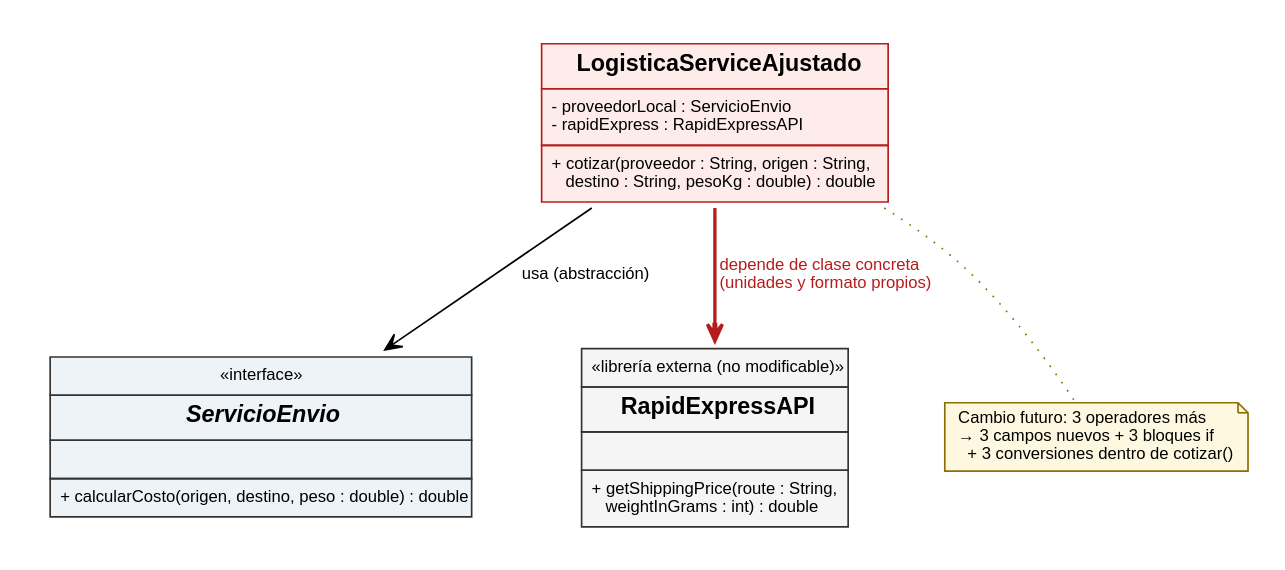
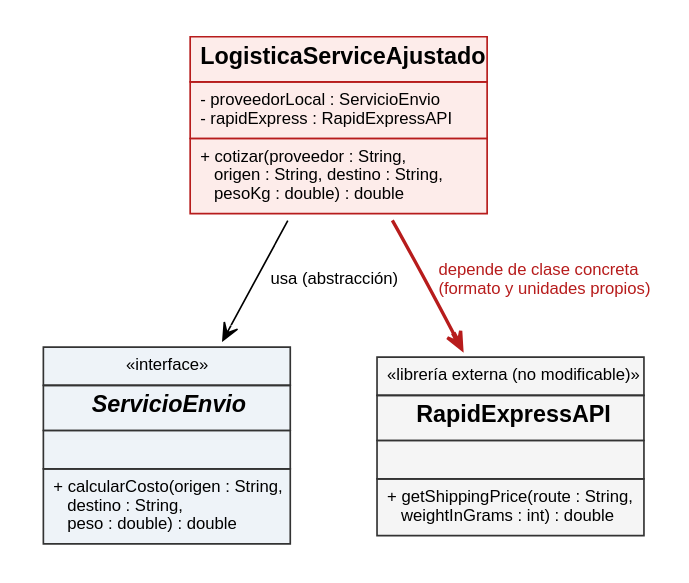
The diagram in docs/img/fig1_dependencias_antes.dot (Mauricio10228/agroconecta-adapter), drawn with Graphviz before and after one commit. The commit also changed 6 other files, not shown here.

Commit message:
docs: diagramas compactos para lectura a ancho de página

```diff
--- a/docs/img/fig1_dependencias_antes.dot
+++ b/docs/img/fig1_dependencias_antes.dot
@@ -1,11 +1,9 @@
 digraph G {
- graph [rankdir=TB, nodesep=0.7, ranksep=0.8, fontname="Liberation Sans", pad=0.2];
+ graph [rankdir=TB, nodesep=0.5, ranksep=0.7, fontname="Liberation Sans", pad=0.15];
  node [fontname="Liberation Sans"]; edge [fontname="Liberation Sans", fontsize=10];
- A [label=<<TABLE BORDER="0" CELLBORDER="1" CELLSPACING="0" CELLPADDING="5" BGCOLOR="#FDECEA" COLOR="#B71C1C"><TR><TD ALIGN="CENTER"><B>LogisticaServiceAjustado</B></TD></TR><TR><TD ALIGN="LEFT"><FONT POINT-SIZE="10">- proveedorLocal : ServicioEnvio<BR ALIGN="LEFT"/>- rapidExpress : RapidExpressAPI<BR ALIGN="LEFT"/></FONT></TD></TR><TR><TD ALIGN="LEFT"><FONT POINT-SIZE="10">+ cotizar(proveedor : String, origen : String,<BR ALIGN="LEFT"/>    destino : String, pesoKg : double) : double<BR ALIGN="LEFT"/></FONT></TD></TR></TABLE>>, shape=plaintext];
- S [label=<<TABLE BORDER="0" CELLBORDER="1" CELLSPACING="0" CELLPADDING="5" BGCOLOR="#EEF3F8" COLOR="#333333"><TR><TD ALIGN="CENTER"><FONT POINT-SIZE="10">«interface»</FONT></TD></TR><TR><TD ALIGN="CENTER"><B><I>ServicioEnvio</I></B></TD></TR><TR><TD ALIGN="LEFT"><FONT POINT-SIZE="10"> </FONT></TD></TR><TR><TD ALIGN="LEFT"><FONT POINT-SIZE="10">+ calcularCosto(origen, destino, peso : double) : double<BR ALIGN="LEFT"/></FONT></TD></TR></TABLE>>, shape=plaintext];
+ A [label=<<TABLE BORDER="0" CELLBORDER="1" CELLSPACING="0" CELLPADDING="5" BGCOLOR="#FDECEA" COLOR="#B71C1C"><TR><TD ALIGN="CENTER"><B>LogisticaServiceAjustado</B></TD></TR><TR><TD ALIGN="LEFT"><FONT POINT-SIZE="10">- proveedorLocal : ServicioEnvio<BR ALIGN="LEFT"/>- rapidExpress : RapidExpressAPI<BR ALIGN="LEFT"/></FONT></TD></TR><TR><TD ALIGN="LEFT"><FONT POINT-SIZE="10">+ cotizar(proveedor : String,<BR ALIGN="LEFT"/>    origen : String, destino : String,<BR ALIGN="LEFT"/>    pesoKg : double) : double<BR ALIGN="LEFT"/></FONT></TD></TR></TABLE>>, shape=plaintext];
+ S [label=<<TABLE BORDER="0" CELLBORDER="1" CELLSPACING="0" CELLPADDING="5" BGCOLOR="#EEF3F8" COLOR="#333333"><TR><TD ALIGN="CENTER"><FONT POINT-SIZE="10">«interface»</FONT></TD></TR><TR><TD ALIGN="CENTER"><B><I>ServicioEnvio</I></B></TD></TR><TR><TD ALIGN="LEFT"><FONT POINT-SIZE="10"> </FONT></TD></TR><TR><TD ALIGN="LEFT"><FONT POINT-SIZE="10">+ calcularCosto(origen : String,<BR ALIGN="LEFT"/>    destino : String,<BR ALIGN="LEFT"/>    peso : double) : double<BR ALIGN="LEFT"/></FONT></TD></TR></TABLE>>, shape=plaintext];
  R [label=<<TABLE BORDER="0" CELLBORDER="1" CELLSPACING="0" CELLPADDING="5" BGCOLOR="#F5F5F5" COLOR="#333333"><TR><TD ALIGN="CENTER"><FONT POINT-SIZE="10">«librería externa (no modificable)»</FONT></TD></TR><TR><TD ALIGN="CENTER"><B>RapidExpressAPI</B></TD></TR><TR><TD ALIGN="LEFT"><FONT POINT-SIZE="10"> </FONT></TD></TR><TR><TD ALIGN="LEFT"><FONT POINT-SIZE="10">+ getShippingPrice(route : String,<BR ALIGN="LEFT"/>    weightInGrams : int) : double<BR ALIGN="LEFT"/></FONT></TD></TR></TABLE>>, shape=plaintext];
  A -> S [arrowhead=vee, label="  usa (abstracción)"];
- A -> R [arrowhead=vee, color="#B71C1C", fontcolor="#B71C1C", penwidth=2, label="  depende de clase concreta\l  (unidades y formato propios)\l"];
- N [shape=note, style=filled, fillcolor="#FFF8E1", color="#8D6E00", fontsize=10, label="Cambio futuro: 3 operadores más\l→ 3 campos nuevos + 3 bloques if\l   + 3 conversiones dentro de cotizar()\l"];
- A -> N [style=dotted, arrowhead=none, color="#8D6E00"];
+ A -> R [arrowhead=vee, color="#B71C1C", fontcolor="#B71C1C", penwidth=2, label="  depende de clase concreta\l  (formato y unidades propios)\l"];
 }
```
